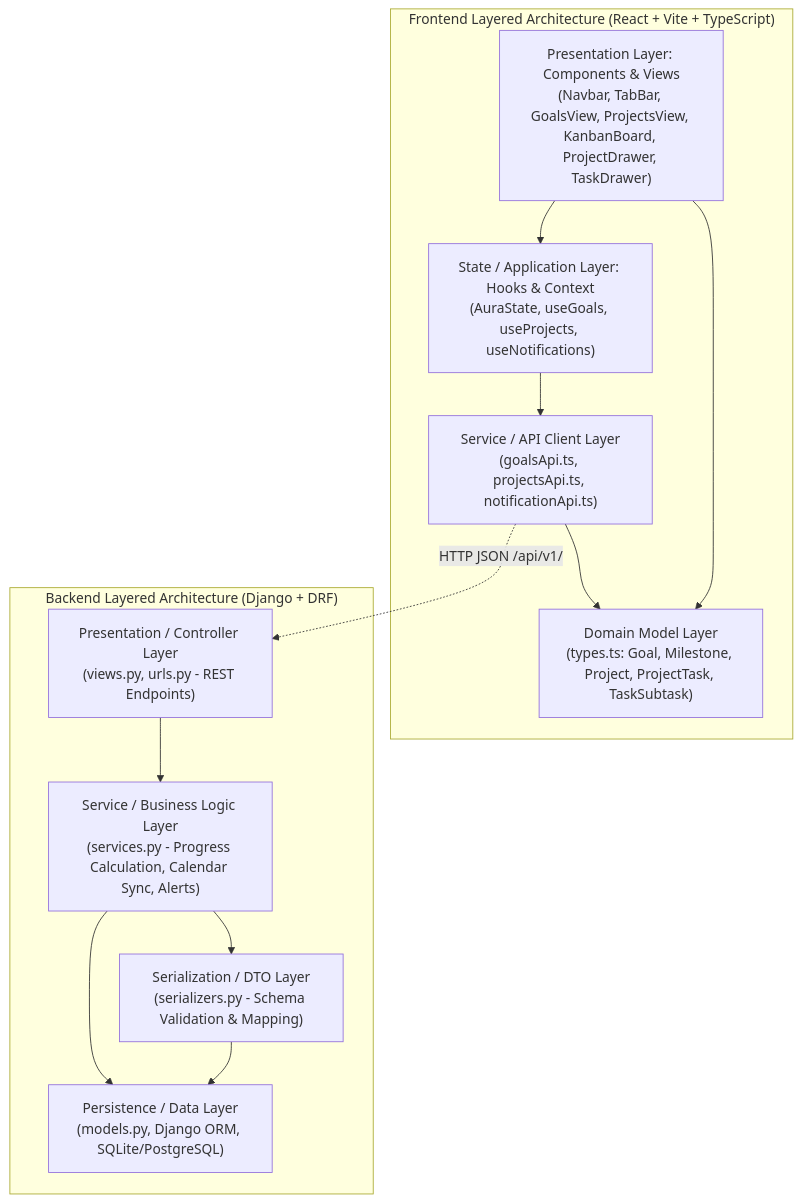
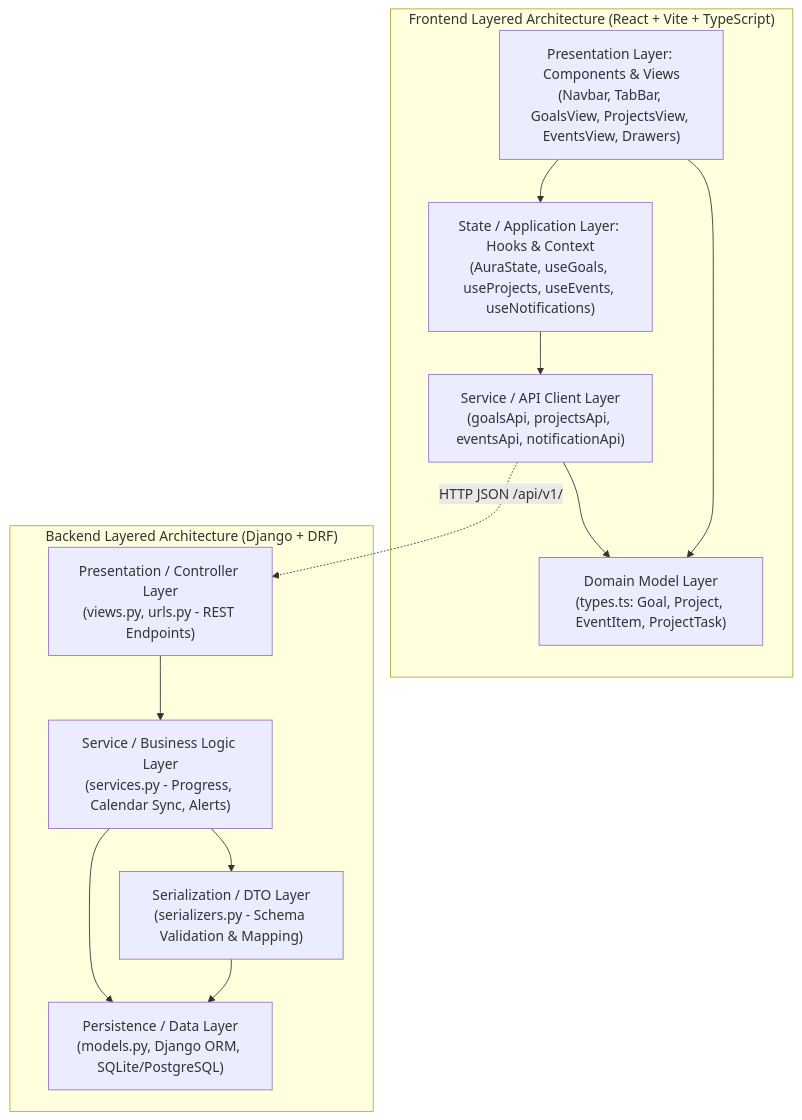
The diagram in specs/001-navigation-layout/plan.md (Benjamin-66Tar/Gestor-de-tareas-), drawn with Mermaid before and after one commit. The commit also changed other lines of this file and 3 other files, not shown here.

````diff
--- a/specs/001-navigation-layout/plan.md
+++ b/specs/001-navigation-layout/plan.md
@@ -62,26 +67,26 @@
 ```mermaid
 graph TD
     subgraph Frontend["Frontend Layered Architecture (React + Vite + TypeScript)"]
-        UI["Presentation Layer: Components & Views<br/>(Navbar, TabBar, GoalsView, ProjectsView, KanbanBoard, ProjectDrawer, TaskDrawer)"]
-        STATE["State / Application Layer: Hooks & Context<br/>(AuraState, useGoals, useProjects, useNotifications)"]
-        SERVICE_FE["Service / API Client Layer<br/>(goalsApi.ts, projectsApi.ts, notificationApi.ts)"]
-        DOMAIN_FE["Domain Model Layer<br/>(types.ts: Goal, Milestone, Project, ProjectTask, TaskSubtask)"]
+        UI["Presentation Layer: Components & Views<br/>(Navbar, TabBar, GoalsView, ProjectsView, EventsView, Drawers)"]
+        STATE["State / Application Layer: Hooks & Context<br/>(AuraState, useGoals, useProjects, useEvents, useNotifications)"]
+        SERVICE_FE["Service / API Client Layer<br/>(goalsApi, projectsApi, eventsApi, notificationApi)"]
+        DOMAIN_FE["Domain Model Layer<br/>(types.ts: Goal, Project, EventItem, ProjectTask)"]
         UI --> STATE
         STATE --> SERVICE_FE
         SERVICE_FE --> DOMAIN_FE
         UI --> DOMAIN_FE
     end
 
     subgraph Backend["Backend Layered Architecture (Django + DRF)"]
         API["Presentation / Controller Layer<br/>(views.py, urls.py - REST Endpoints)"]
-        SERVICE_BE["Service / Business Logic Layer<br/>(services.py - Progress Calculation, Calendar Sync, Alerts)"]
+        SERVICE_BE["Service / Business Logic Layer<br/>(services.py - Progress, Calendar Sync, Alerts)"]
         SERIALIZER["Serialization / DTO Layer<br/>(serializers.py - Schema Validation & Mapping)"]
         PERSISTENCE["Persistence / Data Layer<br/>(models.py, Django ORM, SQLite/PostgreSQL)"]
         API --> SERVICE_BE
         SERVICE_BE --> SERIALIZER
         SERVICE_BE --> PERSISTENCE
         SERIALIZER --> PERSISTENCE
     end
 
     SERVICE_FE -.->|HTTP JSON /api/v1/| API
 ```
````
